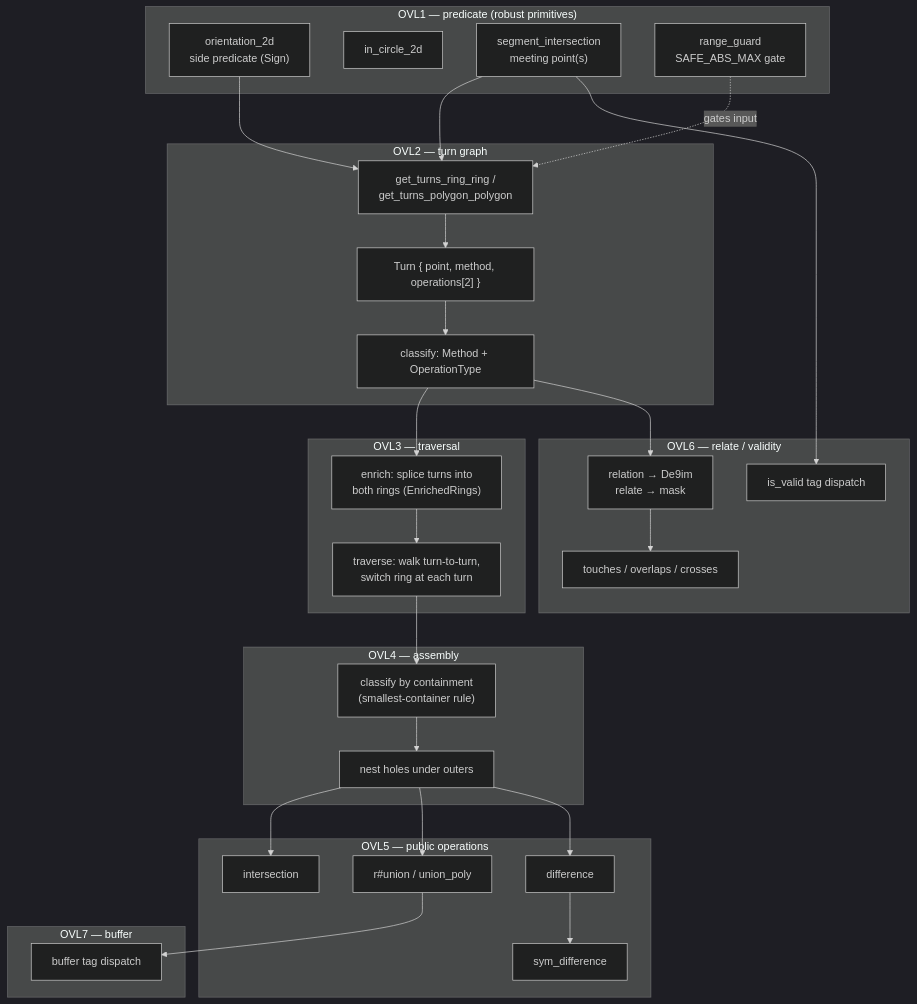
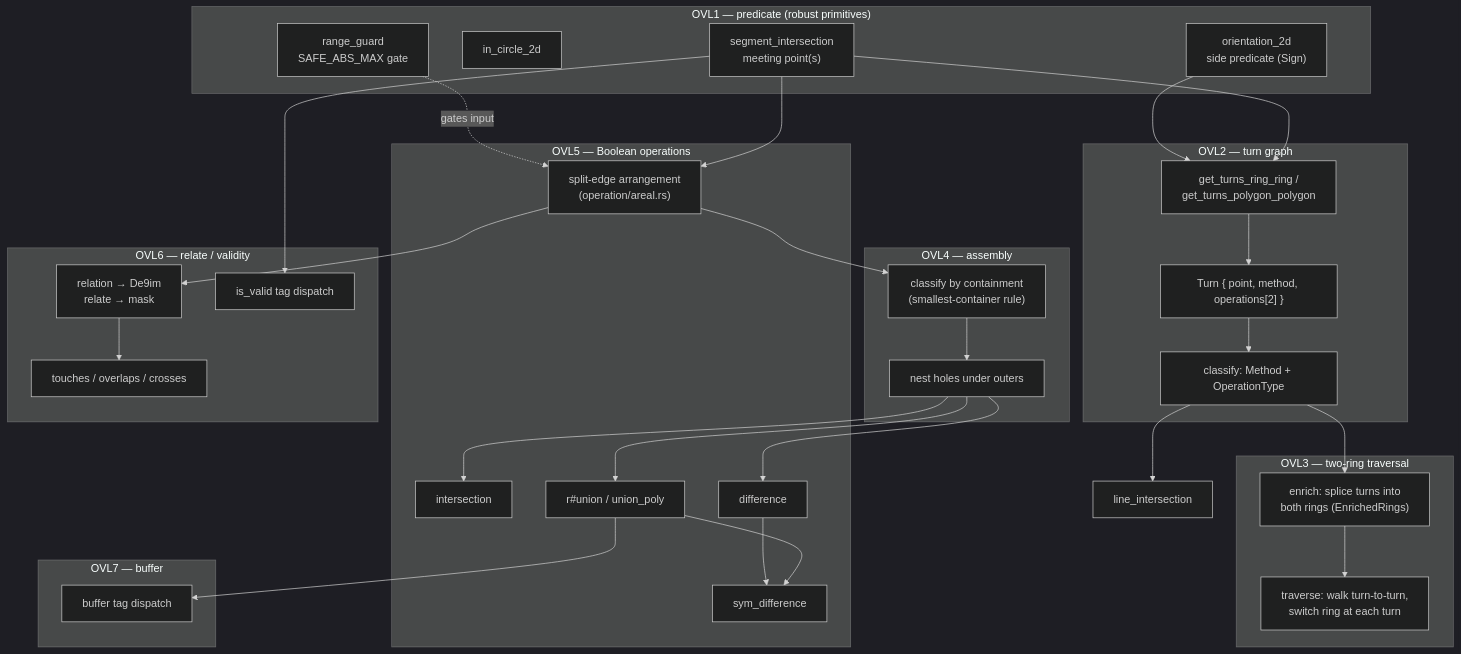
Before and after one commit to pentatonick/boost_geometry: the diagram in docs/03-overlay-engine.md, drawn with Mermaid (dark theme). The commit also changed other lines of this file and 161 other files, not shown here.

````diff
--- a/docs/03-overlay-engine.md
+++ b/docs/03-overlay-engine.md
@@ -14,57 +14,60 @@
 ```mermaid
 flowchart TD
     subgraph OVL1["OVL1 — predicate (robust primitives)"]
         orientation["orientation_2d<br/>side predicate (Sign)"]
         in_circle["in_circle_2d"]
         seg_int["segment_intersection<br/>meeting point(s)"]
         range_guard["range_guard<br/>SAFE_ABS_MAX gate"]
     end
 
     subgraph OVL2["OVL2 — turn graph"]
         get_turns["get_turns_ring_ring /<br/>get_turns_polygon_polygon"]
         turn_info["Turn { point, method, operations[2] }"]
         classify["classify: Method + OperationType"]
     end
 
-    subgraph OVL3["OVL3 — traversal"]
+    subgraph OVL3["OVL3 — two-ring traversal"]
         enrich["enrich: splice turns into<br/>both rings (EnrichedRings)"]
         walk["traverse: walk turn-to-turn,<br/>switch ring at each turn"]
     end
 
     subgraph OVL4["OVL4 — assembly"]
         classify_rings["classify by containment<br/>(smallest-container rule)"]
         nest["nest holes under outers"]
     end
 
-    subgraph OVL5["OVL5 — public operations"]
+    subgraph OVL5["OVL5 — Boolean operations"]
+        arrangement["split-edge arrangement<br/>(operation/areal.rs)"]
         intersection_fn["intersection"]
         union_fn["r#union / union_poly"]
         difference_fn["difference"]
         symdiff_fn["sym_difference"]
     end
 
     subgraph OVL6["OVL6 — relate / validity"]
         relate_fn["relation → De9im<br/>relate → mask"]
         preds["touches / overlaps / crosses"]
         is_valid["is_valid tag dispatch"]
     end
 
     subgraph OVL7["OVL7 — buffer"]
         buffer_fn["buffer tag dispatch"]
     end
 
     orientation --> get_turns
     seg_int --> get_turns
-    range_guard -.gates input.-> get_turns
+    range_guard -.gates input.-> arrangement
     get_turns --> turn_info --> classify
-    classify --> enrich
-    enrich --> walk
-    walk --> classify_rings --> nest
+    classify --> enrich --> walk
+    classify --> line_int["line_intersection"]
+    seg_int --> arrangement
+    arrangement --> classify_rings --> nest
     nest --> intersection_fn
     nest --> union_fn
     nest --> difference_fn
     difference_fn --> symdiff_fn
-    classify --> relate_fn --> preds
+    union_fn --> symdiff_fn
+    arrangement --> relate_fn --> preds
     seg_int --> is_valid
     union_fn --> buffer_fn
 ```
````
